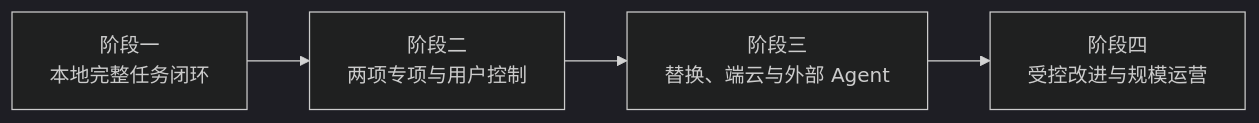
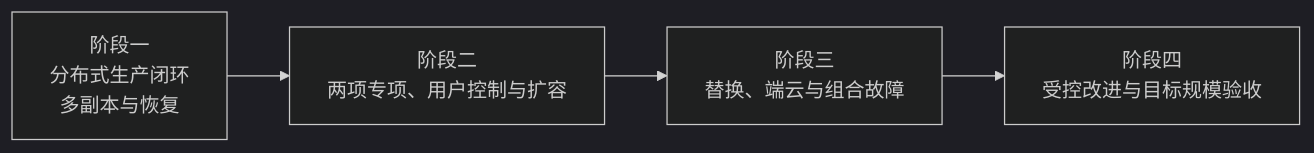
The diagram in docs/architecture/validation/README.md (ruipengliu/lerna), drawn with Mermaid (dark theme) before and after one commit. The commit also changed other lines of this file and 95 other files, not shown here.

Commit message:
docs: define production distributed architecture

````diff
--- a/docs/architecture/validation/README.md
+++ b/docs/architecture/validation/README.md
@@ -150,6 +154,6 @@
 ```mermaid
 flowchart LR
-    P1[阶段一<br/>本地完整任务闭环] --> P2[阶段二<br/>两项专项与用户控制]
-    P2 --> P3[阶段三<br/>替换、端云与外部 Agent]
-    P3 --> P4[阶段四<br/>受控改进与规模运营]
+    P1[阶段一<br/>分布式生产闭环<br/>多副本与恢复] --> P2[阶段二<br/>两项专项、用户控制与扩容]
+    P2 --> P3[阶段三<br/>替换、端云与组合故障]
+    P3 --> P4[阶段四<br/>受控改进与目标规模验收]
 ```
````
